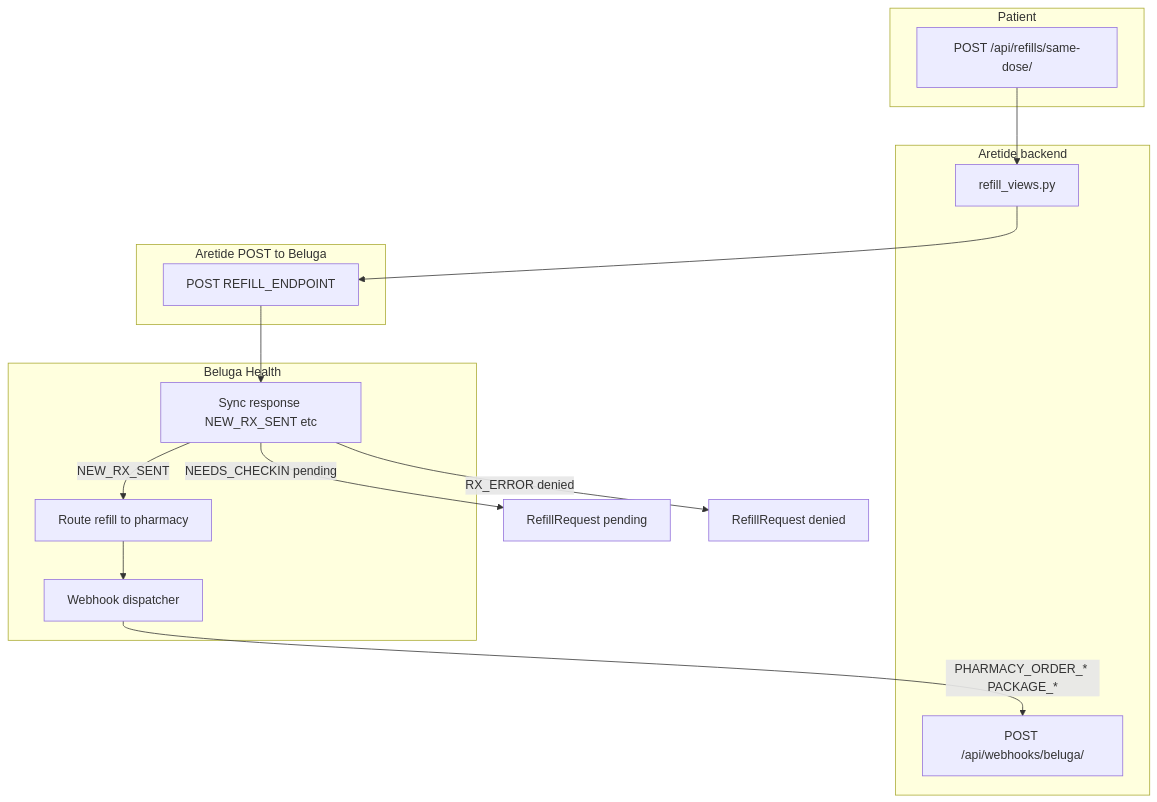
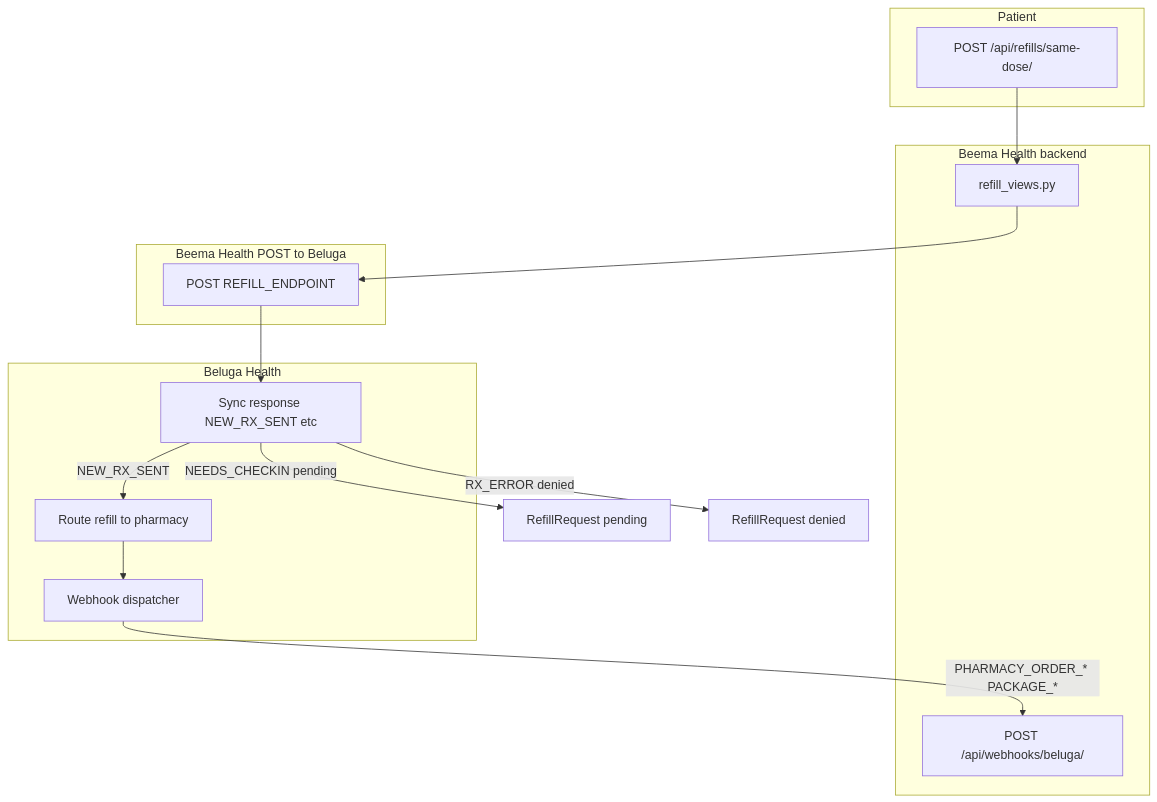
Before and after one commit to BeemaHealth/BeemaHealth: the diagram in docs/features/diagrams/same-dose-flow.mmd, drawn with Mermaid. The commit also changed 78 other files, not shown here.

```diff
--- a/docs/features/diagrams/same-dose-flow.mmd
+++ b/docs/features/diagrams/same-dose-flow.mmd
@@ -1,25 +1,25 @@
 flowchart TB
   subgraph patient [Patient]
     P1["POST /api/refills/same-dose/"]
   end
 
-  subgraph aretide [Aretide backend]
+  subgraph aretide [Beema Health backend]
     A1[refill_views.py]
     WebhookRx["POST /api/webhooks/beluga/"]
   end
 
-  subgraph outbound [Aretide POST to Beluga]
+  subgraph outbound [Beema Health POST to Beluga]
     O1[POST REFILL_ENDPOINT]
   end
 
   subgraph beluga [Beluga Health]
     B1[Sync response NEW_RX_SENT etc]
     B2[Route refill to pharmacy]
     WH[Webhook dispatcher]
   end
 
   P1 --> A1 --> O1 --> B1
   B1 -->|NEW_RX_SENT| B2 --> WH
   WH -->|PHARMACY_ORDER_* PACKAGE_*| WebhookRx
   B1 -->|NEEDS_CHECKIN pending| PEND[RefillRequest pending]
   B1 -->|RX_ERROR denied| DENY[RefillRequest denied]
```
